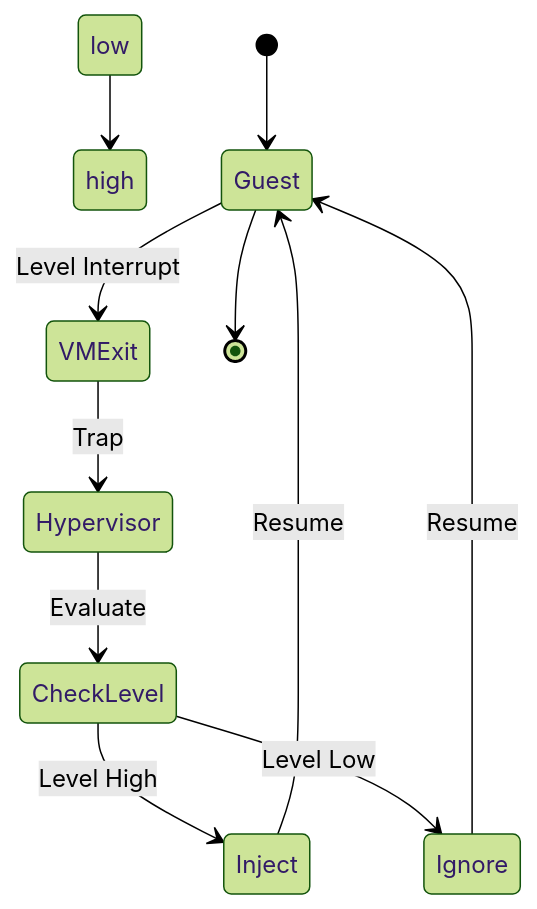
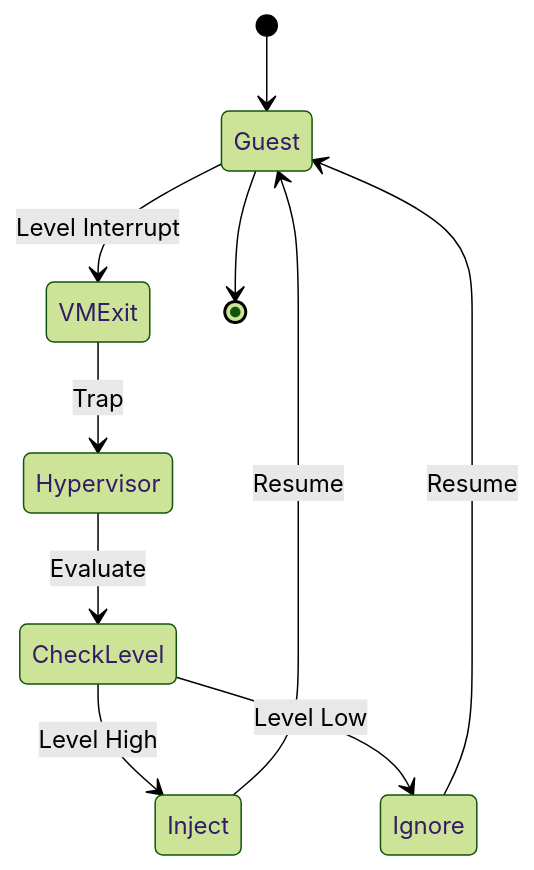
One commit to bre01/bre01.github.io changed the fifth of 5 diagrams in content/posts/Virtualizing-level-sensitive-interrupt-are-messy.md. Above: the diagram before and after it, drawn with Mermaid (forest theme). The commit also changed other lines of this file and 1 other file, not shown here.

````diff
--- a/content/posts/Virtualizing-level-sensitive-interrupt-are-messy.md
+++ b/content/posts/Virtualizing-level-sensitive-interrupt-are-messy.md
@@ -36,18 +49,12 @@
 ```mermaid
 stateDiagram-v2
-	low --> high 
-
-			
-		
-		
-	
     [*] --> Guest
     Guest --> VMExit: Level Interrupt
     VMExit --> Hypervisor: Trap
     Hypervisor --> CheckLevel: Evaluate
     CheckLevel --> Inject: Level High
     CheckLevel --> Ignore: Level Low
     Inject --> Guest: Resume
     Ignore --> Guest: Resume
     Guest --> [*]
 ```
````
